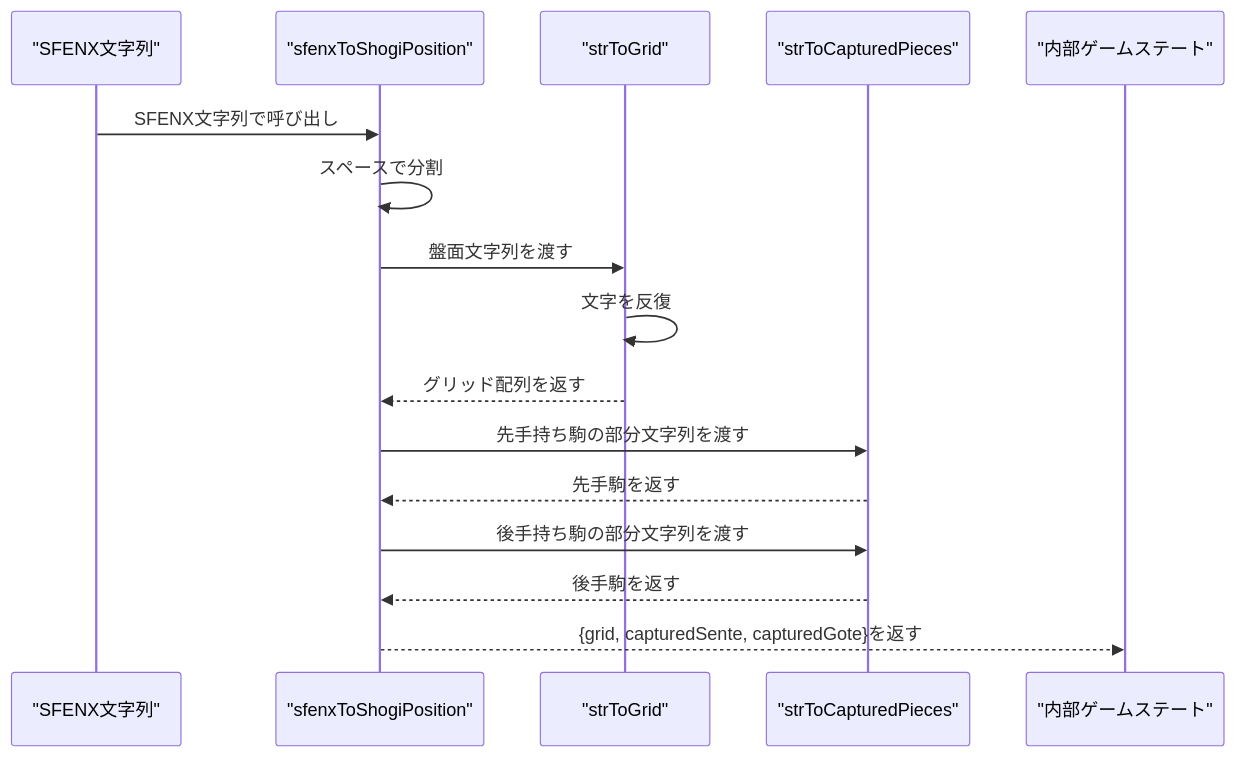
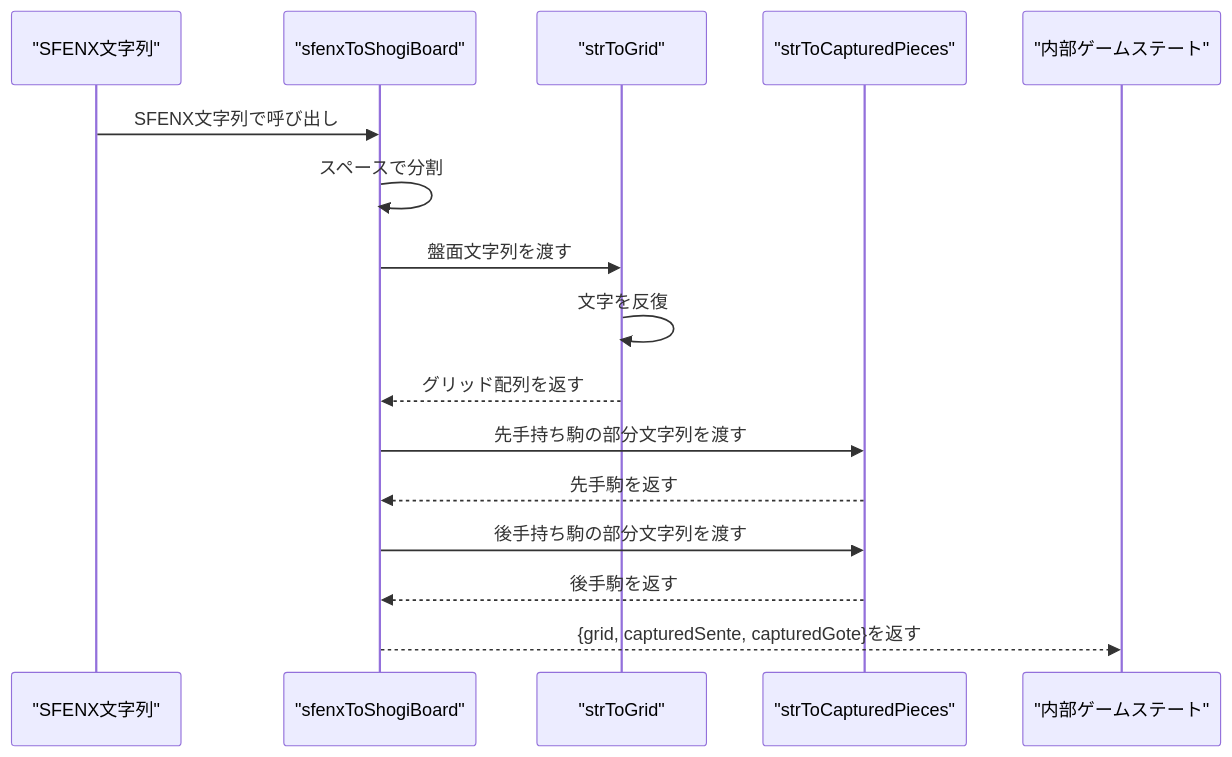
One commit to hashiryo/SvelteShogi changed the second of 6 diagrams in .qoder/repowiki/ja/content/Core Concepts/SFEN Notation Handling.md. Above: the diagram before and after it, drawn with Mermaid. The commit also changed other lines of this file and 17 other files, not shown here.

````diff
--- a/.qoder/repowiki/ja/content/Core Concepts/SFEN Notation Handling.md
+++ b/.qoder/repowiki/ja/content/Core Concepts/SFEN Notation Handling.md
@@ -92,18 +108,18 @@
 ```mermaid
 sequenceDiagram
 participant Input as "SFENX文字列"
-participant Parser as "sfenxToShogiPosition"
+participant Parser as "sfenxToShogiBoard"
 participant GridParser as "strToGrid"
 participant HandParser as "strToCapturedPieces"
 participant Output as "内部ゲームステート"
 Input->>Parser : SFENX文字列で呼び出し
 Parser->>Parser : スペースで分割
 Parser->>GridParser : 盤面文字列を渡す
 GridParser->>GridParser : 文字を反復
 GridParser-->>Parser : グリッド配列を返す
 Parser->>HandParser : 先手持ち駒の部分文字列を渡す
 HandParser-->>Parser : 先手駒を返す
 Parser->>HandParser : 後手持ち駒の部分文字列を渡す
 HandParser-->>Parser : 後手駒を返す
 Parser-->>Output : {grid, capturedSente, capturedGote}を返す
 ```
````
